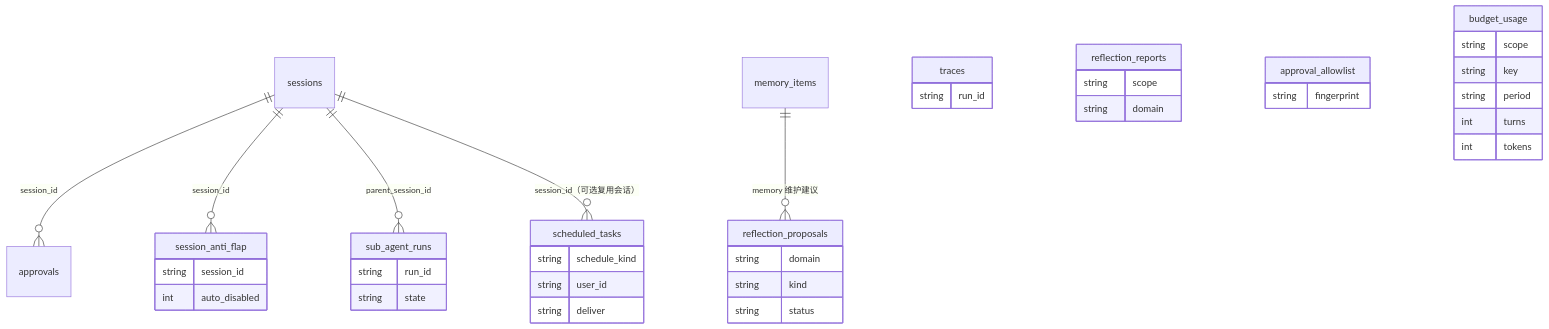
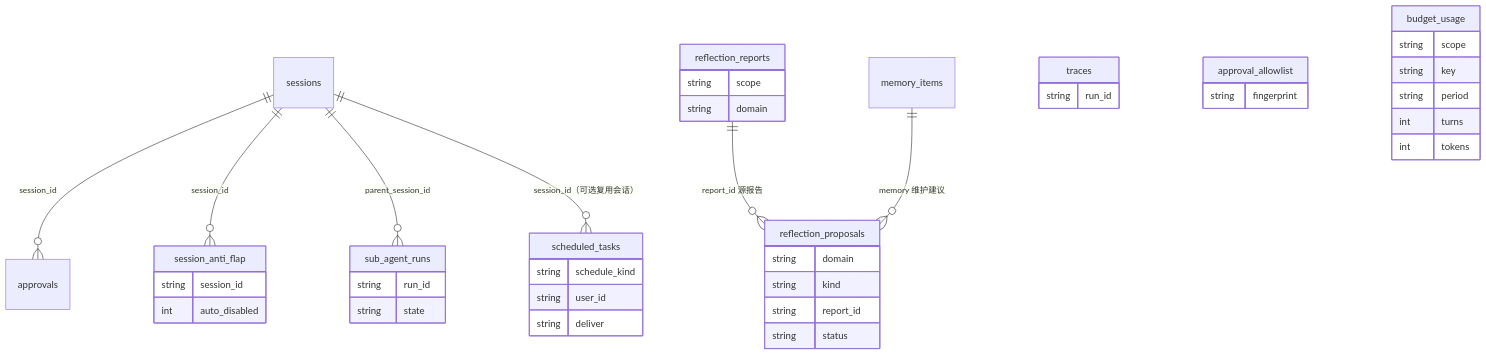
Before and after one commit to Summy2104/fleetent: the third of 4 diagrams in docs/architecture/data-model.md, drawn with Mermaid. The commit also changed other lines of this file and 17 other files, not shown here.

Commit message:
feat(reflection): link proposals to source reports

````diff
--- a/docs/architecture/data-model.md
+++ b/docs/architecture/data-model.md
@@ -163,43 +163,45 @@
 ```mermaid
 erDiagram
   sessions ||--o{ approvals : "session_id"
   sessions ||--o{ session_anti_flap : "session_id"
   sessions ||--o{ sub_agent_runs : "parent_session_id"
   sessions ||--o{ scheduled_tasks : "session_id（可选复用会话）"
+  reflection_reports ||--o{ reflection_proposals : "report_id 源报告"
   memory_items ||--o{ reflection_proposals : "memory 维护建议"
   scheduled_tasks {
     string schedule_kind
     string user_id
     string deliver
   }
   traces {
     string run_id
   }
   reflection_reports {
     string scope
     string domain
   }
   reflection_proposals {
     string domain
     string kind
+    string report_id
     string status
   }
   approval_allowlist {
     string fingerprint
   }
   session_anti_flap {
     string session_id
     int auto_disabled
   }
   sub_agent_runs {
     string run_id
     string state
   }
   budget_usage {
     string scope
     string key
     string period
     int turns
     int tokens
   }
 ```
````
